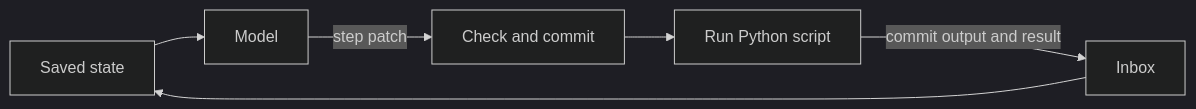
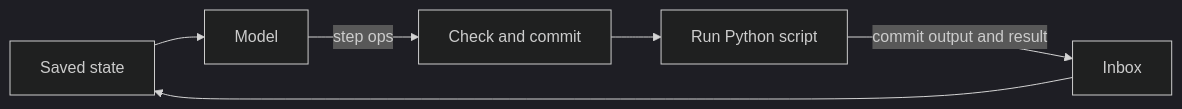
The diagram in docs/explanation/architecture.md (soasme/rio), drawn with Mermaid (dark theme) before and after one commit. The commit also changed other lines of this file and 15 other files, not shown here.

````diff
--- a/docs/explanation/architecture.md
+++ b/docs/explanation/architecture.md
@@ -17,8 +17,8 @@
 ```mermaid
 flowchart LR
     S[Saved state] --> M[Model]
-    M -->|step patch| C[Check and commit]
+    M -->|step ops| C[Check and commit]
     C --> W[Run Python script]
     W -->|commit output and result| I[Inbox]
     I --> S
 ```
````
